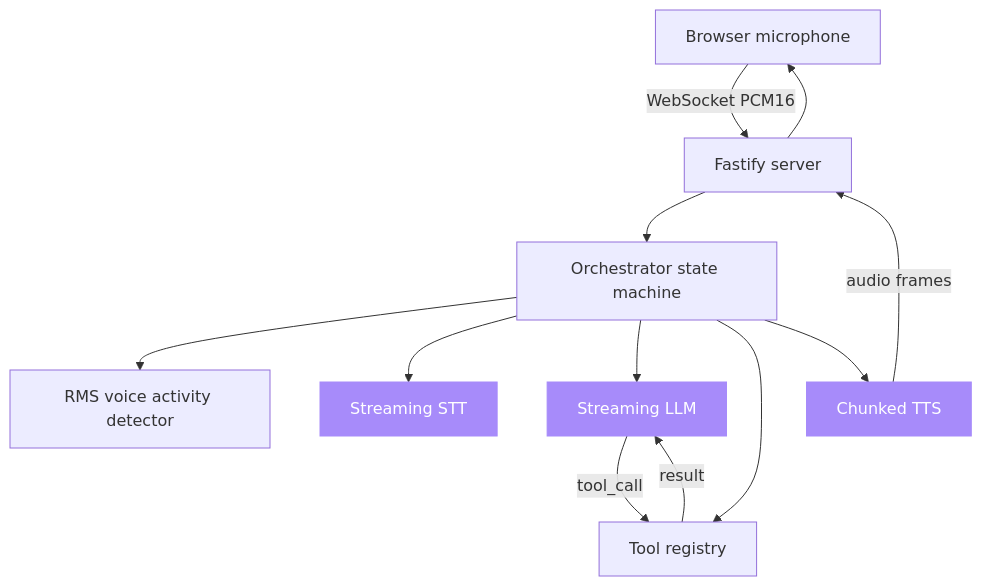
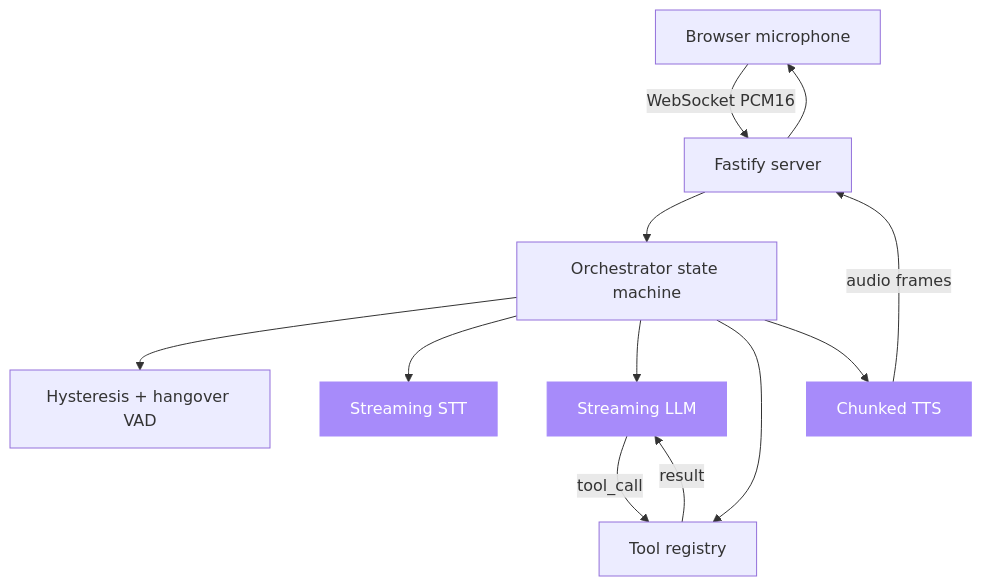
The diagram in README.md (sarmakska/voice-agent-starter), drawn with Mermaid before and after one commit. The commit also changed other lines of this file and 3 other files, not shown here.

First line of the commit message:
docs: describe the hysteresis and hangover VAD

````diff
--- a/README.md
+++ b/README.md
@@ -27,18 +27,18 @@
 ```mermaid
 graph TD
   Browser[Browser microphone]
   Browser -->|WebSocket PCM16| SRV[Fastify server]
   SRV --> ORC[Orchestrator state machine]
-  ORC --> VAD[RMS voice activity detector]
+  ORC --> VAD[Hysteresis + hangover VAD]
   ORC --> STT[Streaming STT]
   ORC --> LLM[Streaming LLM]
   ORC --> TOOLS[Tool registry]
   ORC --> TTS[Chunked TTS]
   LLM -->|tool_call| TOOLS
   TOOLS -->|result| LLM
   TTS -->|audio frames| SRV
   SRV --> Browser
 
   classDef ext fill:#a78bfa,stroke:#a78bfa,color:#fff
   class STT,LLM,TTS ext
 ```
````
